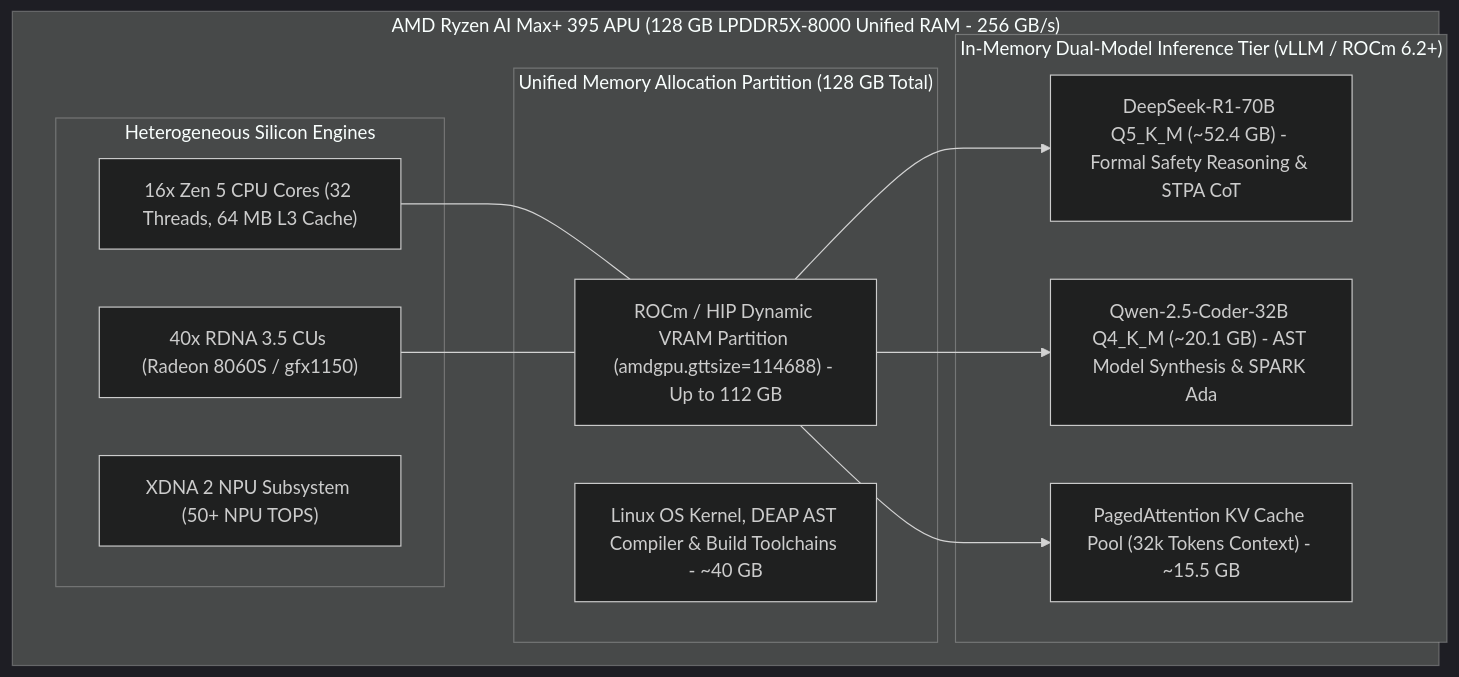
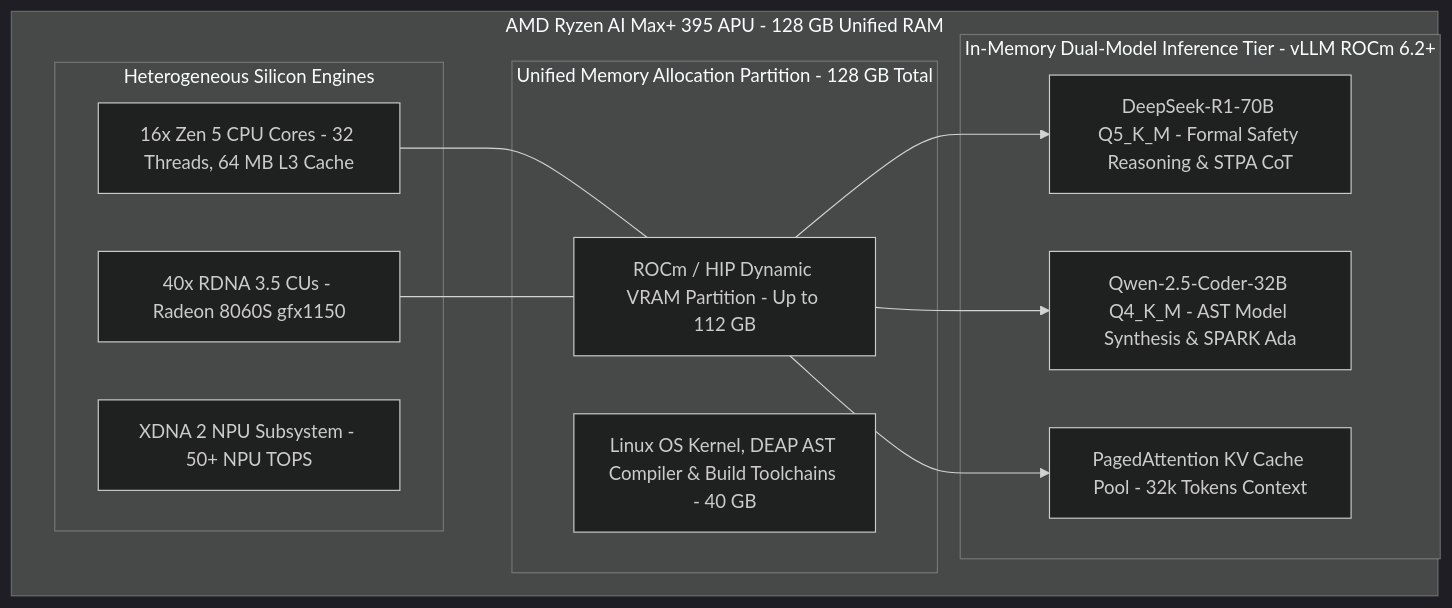
Diagram 11 of 11 in docs/architecture/blueprints/DEAP_DETERMINISTIC_SAFETY_SPECIFICATION_COMPILER_BLUEPRINT.md (gintatkinson/DEAP01-spec-core), drawn with Mermaid (dark theme) before and after one commit. The commit also changed other lines of this file, not shown here.

Commit message:
docs(architecture): purify safety compiler blueprint to 100% abstract schema-driven AST formulation

````diff
--- a/docs/architecture/blueprints/DEAP_DETERMINISTIC_SAFETY_SPECIFICATION_COMPILER_BLUEPRINT.md
+++ b/docs/architecture/blueprints/DEAP_DETERMINISTIC_SAFETY_SPECIFICATION_COMPILER_BLUEPRINT.md
@@ -1434,27 +1389,27 @@
 ```mermaid
 flowchart TD
-    subgraph StrixHalo["AMD Ryzen AI Max+ 395 APU (128 GB LPDDR5X-8000 Unified RAM - 256 GB/s)"]
-        subgraph MemoryPartition["Unified Memory Allocation Partition (128 GB Total)"]
-            GTT_VRAM["ROCm / HIP Dynamic VRAM Partition (amdgpu.gttsize=114688) - Up to 112 GB"]
-            SysRAM["Linux OS Kernel, DEAP AST Compiler & Build Toolchains - ~40 GB"]
+    subgraph "AMD Ryzen AI Max+ 395 APU - 128 GB Unified RAM"
+        subgraph "Unified Memory Allocation Partition - 128 GB Total"
+            GTT_VRAM["ROCm / HIP Dynamic VRAM Partition - Up to 112 GB"]
+            SysRAM["Linux OS Kernel, DEAP AST Compiler & Build Toolchains - 40 GB"]
         end
 
-        subgraph InMemInference["In-Memory Dual-Model Inference Tier (vLLM / ROCm 6.2+)"]
-            R1_70B["DeepSeek-R1-70B Q5_K_M (~52.4 GB) - Formal Safety Reasoning & STPA CoT"]
-            Coder_32B["Qwen-2.5-Coder-32B Q4_K_M (~20.1 GB) - AST Model Synthesis & SPARK Ada"]
-            KVCache["PagedAttention KV Cache Pool (32k Tokens Context) - ~15.5 GB"]
+        subgraph "In-Memory Dual-Model Inference Tier - vLLM ROCm 6.2+"
+            R1_70B["DeepSeek-R1-70B Q5_K_M - Formal Safety Reasoning & STPA CoT"]
+            Coder_32B["Qwen-2.5-Coder-32B Q4_K_M - AST Model Synthesis & SPARK Ada"]
+            KVCache["PagedAttention KV Cache Pool - 32k Tokens Context"]
         end
 
-        subgraph SiliconCompute["Heterogeneous Silicon Engines"]
-            Zen5["16x Zen 5 CPU Cores (32 Threads, 64 MB L3 Cache)"]
-            RDNA35["40x RDNA 3.5 CUs (Radeon 8060S / gfx1150)"]
-            XDNA2["XDNA 2 NPU Subsystem (50+ NPU TOPS)"]
+        subgraph "Heterogeneous Silicon Engines"
+            Zen5["16x Zen 5 CPU Cores - 32 Threads, 64 MB L3 Cache"]
+            RDNA35["40x RDNA 3.5 CUs - Radeon 8060S gfx1150"]
+            XDNA2["XDNA 2 NPU Subsystem - 50+ NPU TOPS"]
         end
     end
 
     Zen5 --- GTT_VRAM
     RDNA35 --- GTT_VRAM
     GTT_VRAM --> R1_70B
     GTT_VRAM --> Coder_32B
     GTT_VRAM --> KVCache
 ```
````
